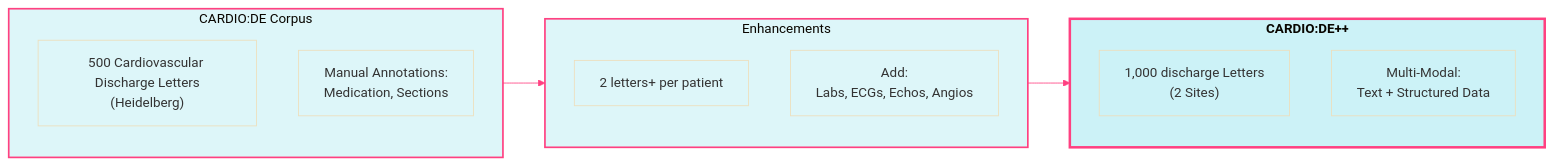
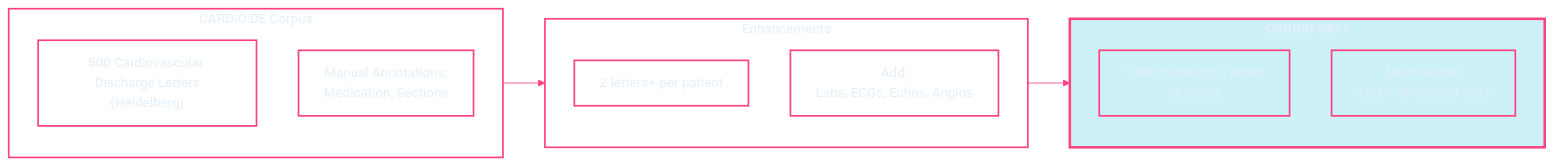
The second of 3 diagrams in slides.md (phiwi/cardio_dfg), drawn with Mermaid before and after one commit. The commit also changed other lines of this file, not shown here.

Commit message:
reverting back to non-unrolled mermaid diagram.

````diff
--- a/slides.md
+++ b/slides.md
@@ -447,22 +381,31 @@
 ```mermaid
-%%{init: {'theme': 'base', 'themeVariables': { 'mainBkg': 'transparent' }}}%%
+%%{init: {'theme': 'base', 'themeVariables': { 
+    'primaryColor': 'transparent', 
+    'primaryTextColor': '#e3f0fa', 
+    'lineColor': '#ff4081', 
+    'textColor': '#e3f0fa', 
+    'mainBkg': 'transparent', 
+    'nodeBorder': '#ff4081' 
+}}}%%
 flowchart LR
     subgraph CARDIO_DE["CARDIO:DE Corpus"]
       A1["500 Cardiovascular Discharge Letters<br/>(Heidelberg)"]
       A2["Manual Annotations:<br/>Medication, Sections"]
     end
     subgraph EXT["Enhancements"]
       B1["2 letters+ per patient"]
       B2["Add:<br> Labs, ECGs, Echos, Angios"]
     end
     subgraph CARDIO_DEPP["CARDIO:DE++"]
       C1["1,000 discharge Letters<br/>(2 Sites)"]
       C2["Multi-Modal:<br/>Text + Structured Data"]
     end
     CARDIO_DE --> EXT
     EXT --> CARDIO_DEPP
-    style CARDIO_DE fill:#00bcd422,stroke:#ff4081,stroke-width:2px
-    style EXT fill:#00bcd422,stroke:#ff4081,stroke-width:2px
-    style CARDIO_DEPP fill:#00bcd433,stroke:#ff4081,stroke-width:3px,font-weight:bold
-    linkStyle 0,1 stroke:#ff4081
+
+    classDef main fill:#00bcd433,stroke:#ff4081,stroke-width:3px,color:#e3f0fa,font-weight:bold;
+    classDef leaf fill:transparent,stroke:#ff4081,stroke-width:2px,color:#e3f0fa;
+
+    class CARDIO_DE,EXT,A1,A2,B1,B2,C1,C2 leaf;
+    class CARDIO_DEPP main;
 ```
````
